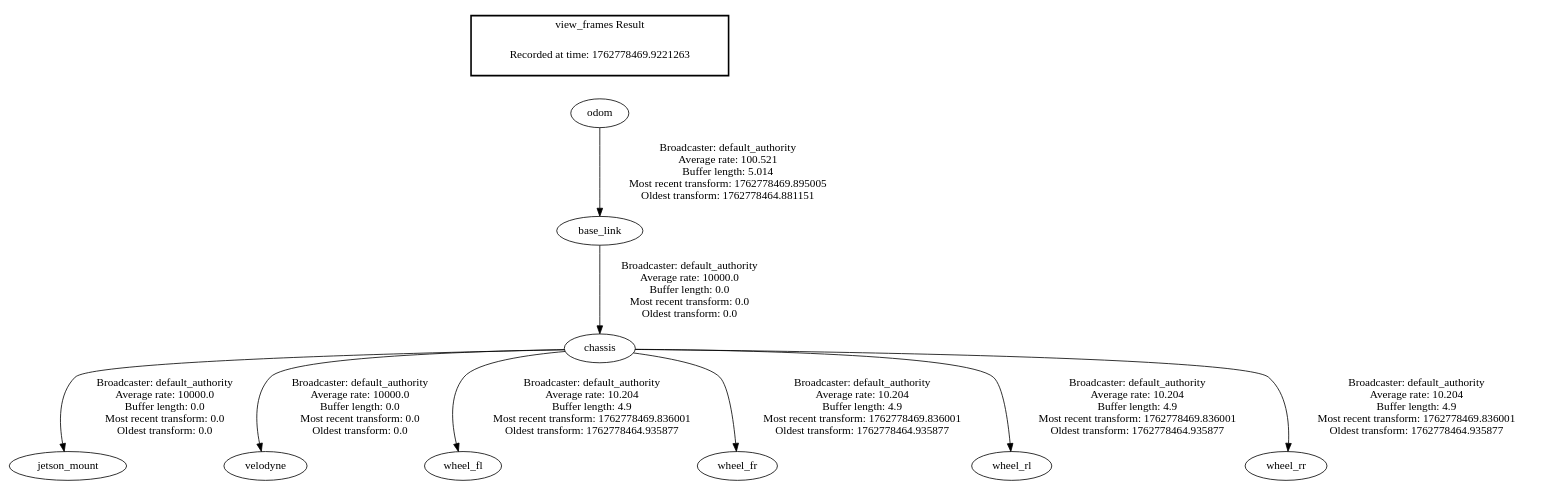
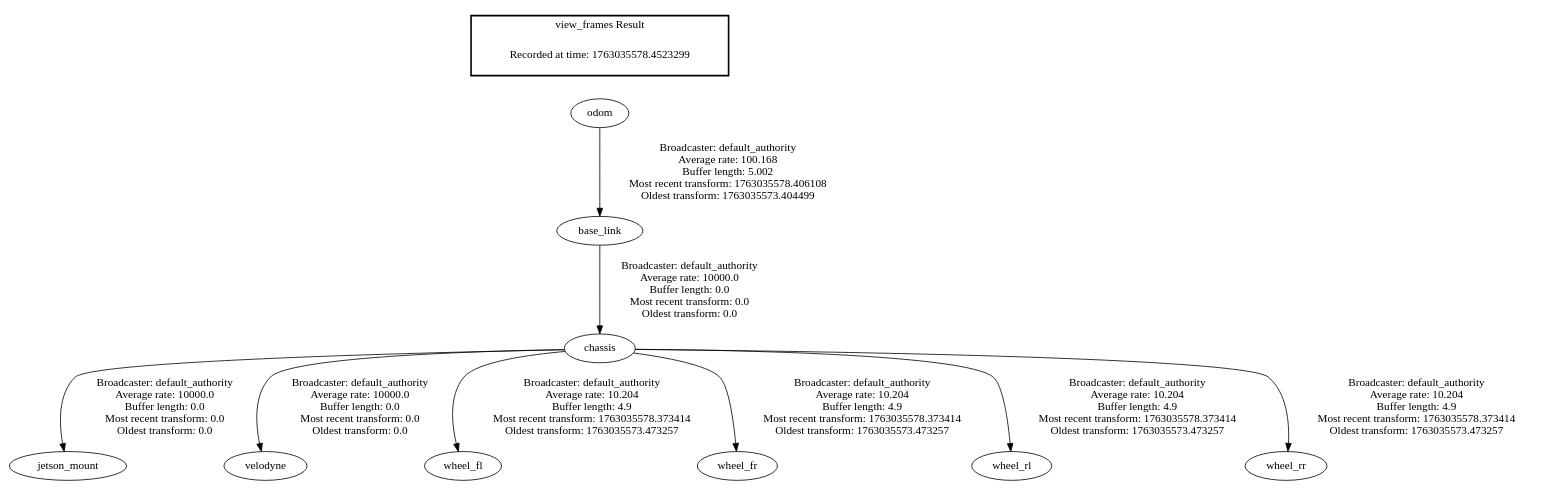
Before and after one commit to Podolskigutten/ros2_leo_ws: the diagram in frames.gv, drawn with Graphviz. The commit also changed 9 other files, not shown here.

```diff
--- a/frames.gv
+++ b/frames.gv
@@ -1,14 +1,14 @@
 digraph G {
-"odom" -> "base_link"[label=" Broadcaster: default_authority\nAverage rate: 100.521\nBuffer length: 5.014\nMost recent transform: 1762778469.895005\nOldest transform: 1762778464.881151\n"];
+"odom" -> "base_link"[label=" Broadcaster: default_authority\nAverage rate: 100.168\nBuffer length: 5.002\nMost recent transform: 1763035578.406108\nOldest transform: 1763035573.404499\n"];
 "base_link" -> "chassis"[label=" Broadcaster: default_authority\nAverage rate: 10000.0\nBuffer length: 0.0\nMost recent transform: 0.0\nOldest transform: 0.0\n"];
 "chassis" -> "jetson_mount"[label=" Broadcaster: default_authority\nAverage rate: 10000.0\nBuffer length: 0.0\nMost recent transform: 0.0\nOldest transform: 0.0\n"];
 "chassis" -> "velodyne"[label=" Broadcaster: default_authority\nAverage rate: 10000.0\nBuffer length: 0.0\nMost recent transform: 0.0\nOldest transform: 0.0\n"];
-"chassis" -> "wheel_fl"[label=" Broadcaster: default_authority\nAverage rate: 10.204\nBuffer length: 4.9\nMost recent transform: 1762778469.836001\nOldest transform: 1762778464.935877\n"];
-"chassis" -> "wheel_fr"[label=" Broadcaster: default_authority\nAverage rate: 10.204\nBuffer length: 4.9\nMost recent transform: 1762778469.836001\nOldest transform: 1762778464.935877\n"];
-"chassis" -> "wheel_rl"[label=" Broadcaster: default_authority\nAverage rate: 10.204\nBuffer length: 4.9\nMost recent transform: 1762778469.836001\nOldest transform: 1762778464.935877\n"];
-"chassis" -> "wheel_rr"[label=" Broadcaster: default_authority\nAverage rate: 10.204\nBuffer length: 4.9\nMost recent transform: 1762778469.836001\nOldest transform: 1762778464.935877\n"];
+"chassis" -> "wheel_fl"[label=" Broadcaster: default_authority\nAverage rate: 10.204\nBuffer length: 4.9\nMost recent transform: 1763035578.373414\nOldest transform: 1763035573.473257\n"];
+"chassis" -> "wheel_fr"[label=" Broadcaster: default_authority\nAverage rate: 10.204\nBuffer length: 4.9\nMost recent transform: 1763035578.373414\nOldest transform: 1763035573.473257\n"];
+"chassis" -> "wheel_rl"[label=" Broadcaster: default_authority\nAverage rate: 10.204\nBuffer length: 4.9\nMost recent transform: 1763035578.373414\nOldest transform: 1763035573.473257\n"];
+"chassis" -> "wheel_rr"[label=" Broadcaster: default_authority\nAverage rate: 10.204\nBuffer length: 4.9\nMost recent transform: 1763035578.373414\nOldest transform: 1763035573.473257\n"];
 edge [style=invis];
  subgraph cluster_legend { style=bold; color=black; label ="view_frames Result";
-"Recorded at time: 1762778469.9221263"[ shape=plaintext ] ;
+"Recorded at time: 1763035578.4523299"[ shape=plaintext ] ;
 }->"odom";
 }
```
